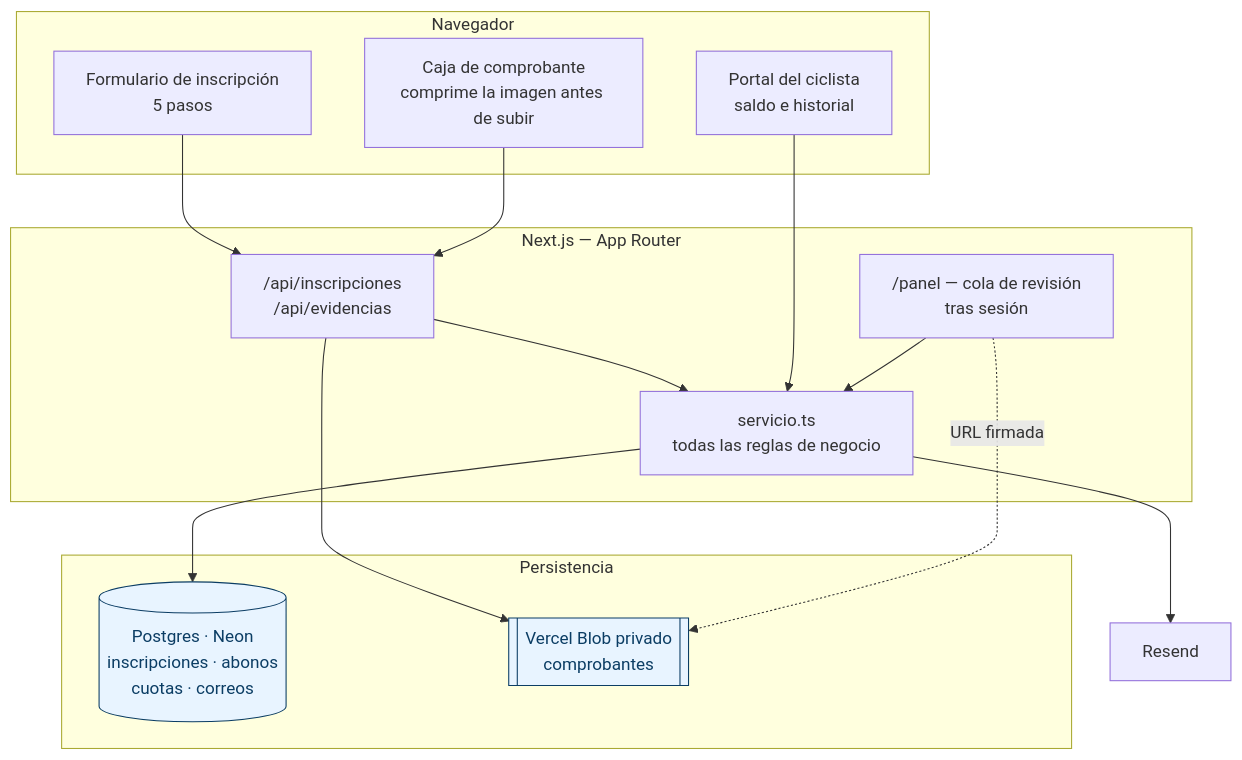
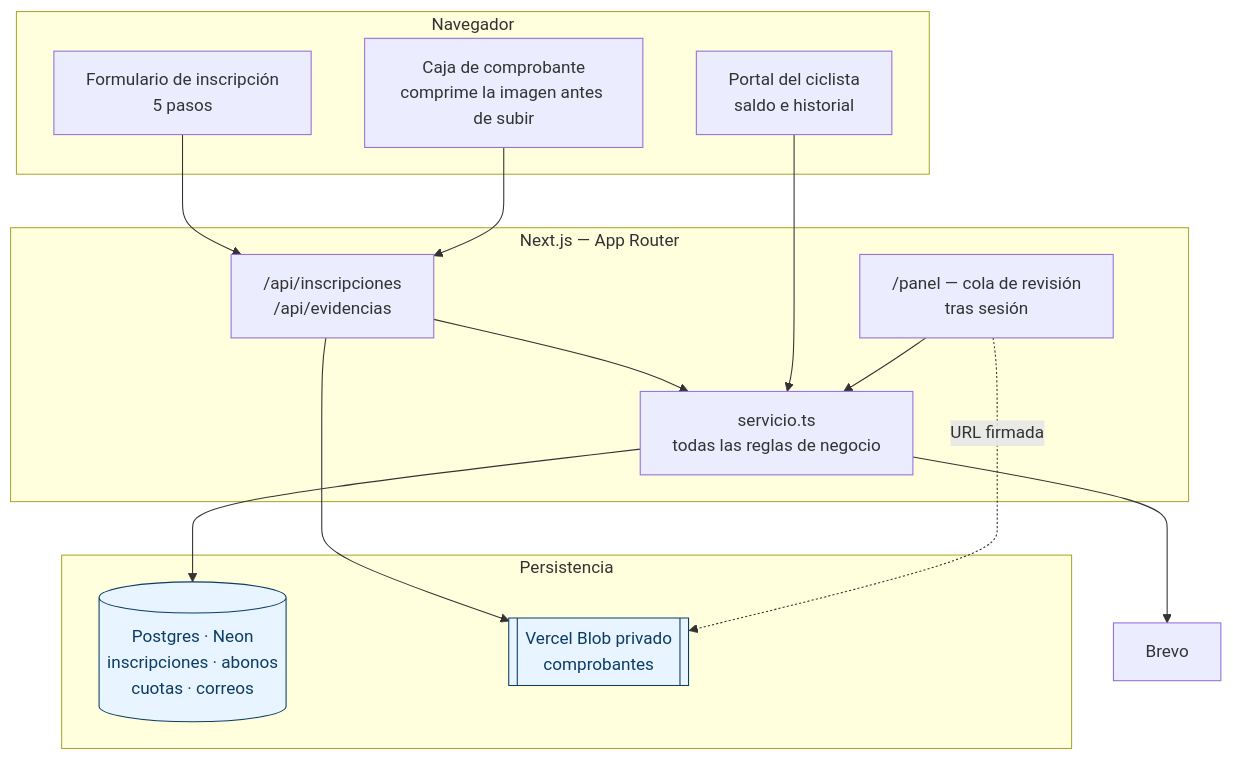
The first of 5 diagrams in README.md (davideliaspalacio/cycling-web), drawn with Mermaid before and after one commit. The commit also changed other lines of this file and 9 other files, not shown here.

````diff
--- a/README.md
+++ b/README.md
@@ -27,33 +27,33 @@
 ```mermaid
 flowchart TB
   subgraph nav["Navegador"]
     F["Formulario de inscripción<br/>5 pasos"]
     C["Caja de comprobante<br/>comprime la imagen antes de subir"]
     P["Portal del ciclista<br/>saldo e historial"]
   end
 
   subgraph srv["Next.js — App Router"]
     API["/api/inscripciones<br/>/api/evidencias"]
     PANEL["/panel — cola de revisión<br/>tras sesión"]
     SVC["servicio.ts<br/>todas las reglas de negocio"]
   end
 
   subgraph datos["Persistencia"]
     PG[("Postgres · Neon<br/>inscripciones · abonos<br/>cuotas · correos")]
     BLOB[["Vercel Blob privado<br/>comprobantes"]]
   end
 
-  MAIL["Resend"]
+  MAIL["Brevo"]
 
   F --> API --> SVC
   C --> API
   P --> SVC
   PANEL --> SVC
   SVC --> PG
   API --> BLOB
   PANEL -.URL firmada.-> BLOB
   SVC --> MAIL
 
   classDef d fill:#e8f4ff,stroke:#0b3d64,color:#0b3d64
   class PG,BLOB d
 ```
````
